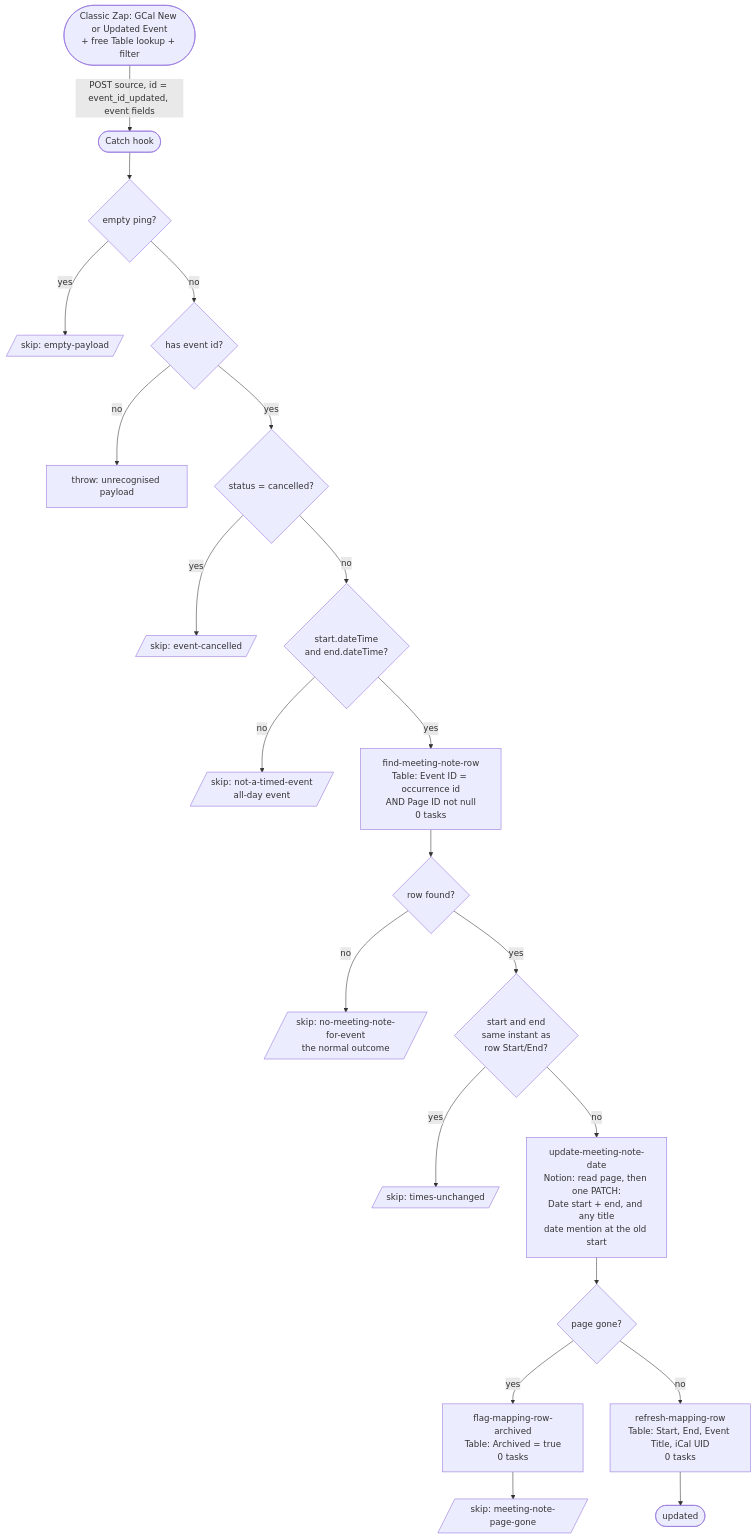
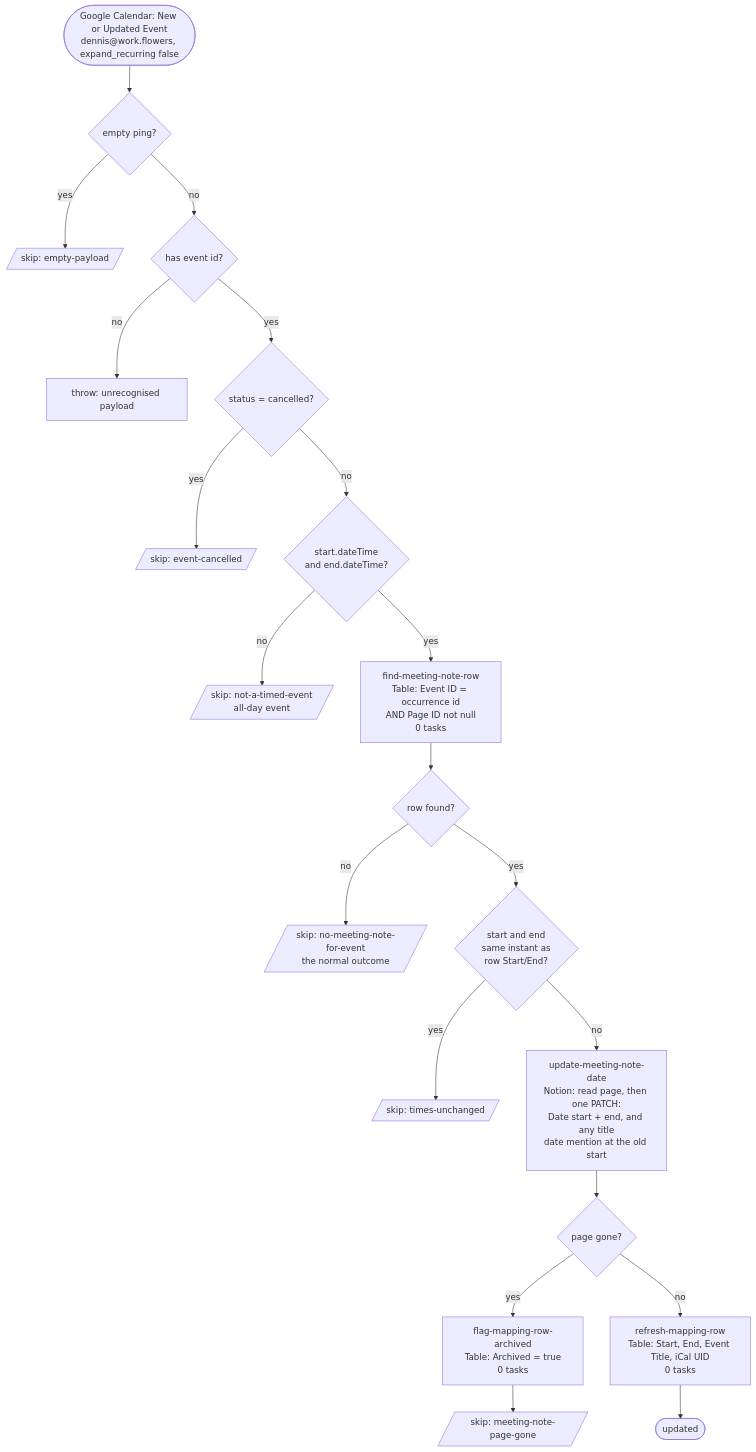
One commit to work-flowers/zapier-sdk changed the diagram in gcal-event-updated-to-meeting-note/README.md. Above: the diagram before and after it, drawn with Mermaid. The commit also changed other lines of this file and 4 other files, not shown here.

First line of the commit message:
Revive gcal-event-updated-to-meeting-note on the native trigger

````diff
--- a/gcal-event-updated-to-meeting-note/README.md
+++ b/gcal-event-updated-to-meeting-note/README.md
@@ -16,22 +15,22 @@
 ```mermaid
 flowchart TD
-    C([Classic Zap: GCal New or Updated Event<br/>+ free Table lookup + filter]) -- "POST source, id = event_id_updated, event fields" --> T([Catch hook])
+    T([Google Calendar: New or Updated Event<br/>dennis@work.flowers, expand_recurring false])
     T --> P{empty ping?}
     P -- yes --> S0[/skip: empty-payload/]
     P -- no --> G1{has event id?}
     G1 -- no --> S1[throw: unrecognised payload]
     G1 -- yes --> G2{status = cancelled?}
     G2 -- yes --> S2[/skip: event-cancelled/]
     G2 -- no --> G3{start.dateTime<br/>and end.dateTime?}
     G3 -- no --> S3[/skip: not-a-timed-event<br/>all-day event/]
     G3 -- yes --> L[find-meeting-note-row<br/>Table: Event ID = occurrence id<br/>AND Page ID not null<br/>0 tasks]
     L --> G4{row found?}
     G4 -- no --> S4[/skip: no-meeting-note-for-event<br/>the normal outcome/]
     G4 -- yes --> G5{start and end<br/>same instant as<br/>row Start/End?}
     G5 -- yes --> S5[/skip: times-unchanged/]
     G5 -- no --> U[update-meeting-note-date<br/>Notion: read page, then one PATCH:<br/>Date start + end, and any title<br/>date mention at the old start]
     U --> G6{page gone?}
     G6 -- yes --> A[flag-mapping-row-archived<br/>Table: Archived = true<br/>0 tasks] --> S6[/skip: meeting-note-page-gone/]
     G6 -- no --> R[refresh-mapping-row<br/>Table: Start, End, Event Title, iCal UID<br/>0 tasks]
     R --> D([updated])
 ```
````
